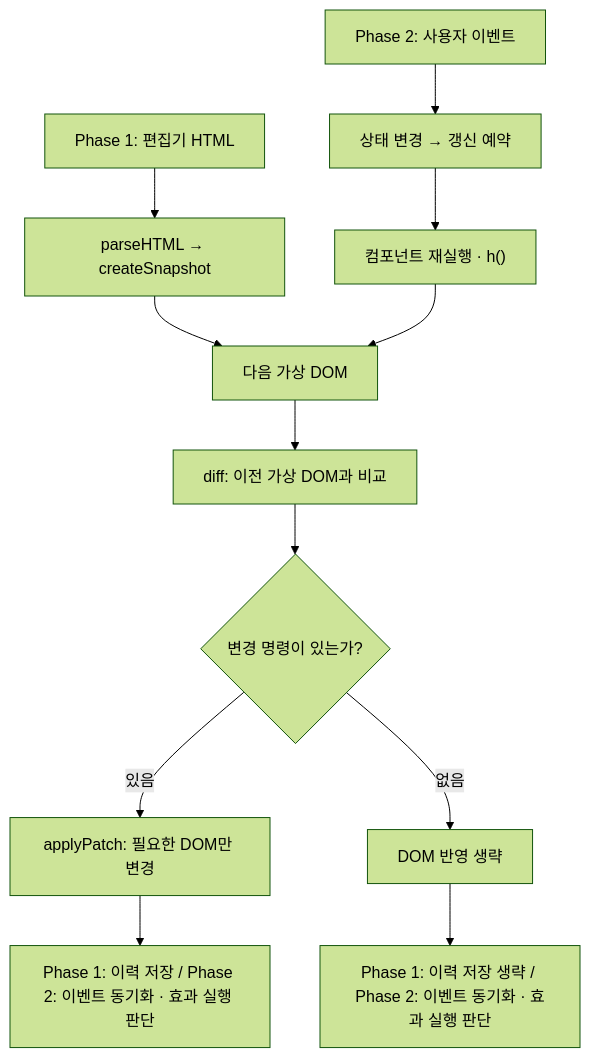
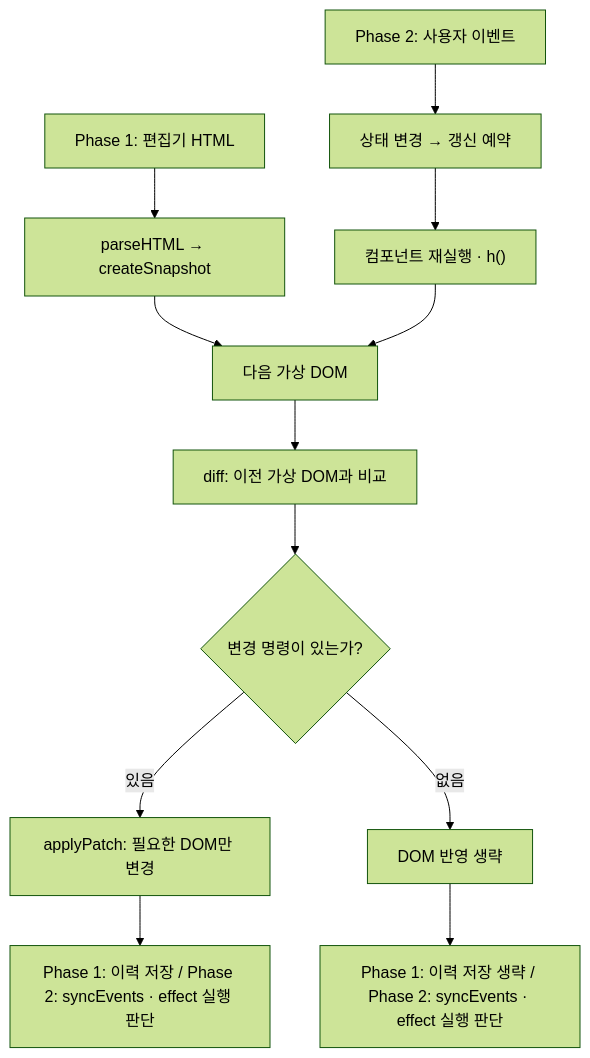
Before and after one commit to bennjung/jungle-mini-react-week11: the diagram in README.md, drawn with Mermaid (forest theme). The commit also changed other lines of this file and 8 other files, not shown here.

````diff
--- a/README.md
+++ b/README.md
@@ -16,14 +16,14 @@
 ```mermaid
 flowchart TD
     A["Phase 1: 편집기 HTML"] --> B["parseHTML → createSnapshot"]
     C["Phase 2: 사용자 이벤트"] --> D["상태 변경 → 갱신 예약"]
     D --> E["컴포넌트 재실행 · h()"]
     B --> F["다음 가상 DOM"]
     E --> F
     F --> G["diff: 이전 가상 DOM과 비교"]
     G --> H{"변경 명령이 있는가?"}
     H -->|있음| I["applyPatch: 필요한 DOM만 변경"]
     H -->|없음| J["DOM 반영 생략"]
-    I --> K["Phase 1: 이력 저장 / Phase 2: 이벤트 동기화 · 효과 실행 판단"]
-    J --> L["Phase 1: 이력 저장 생략 / Phase 2: 이벤트 동기화 · 효과 실행 판단"]
+    I --> K["Phase 1: 이력 저장 / Phase 2: syncEvents · effect 실행 판단"]
+    J --> L["Phase 1: 이력 저장 생략 / Phase 2: syncEvents · effect 실행 판단"]
 ```
````
